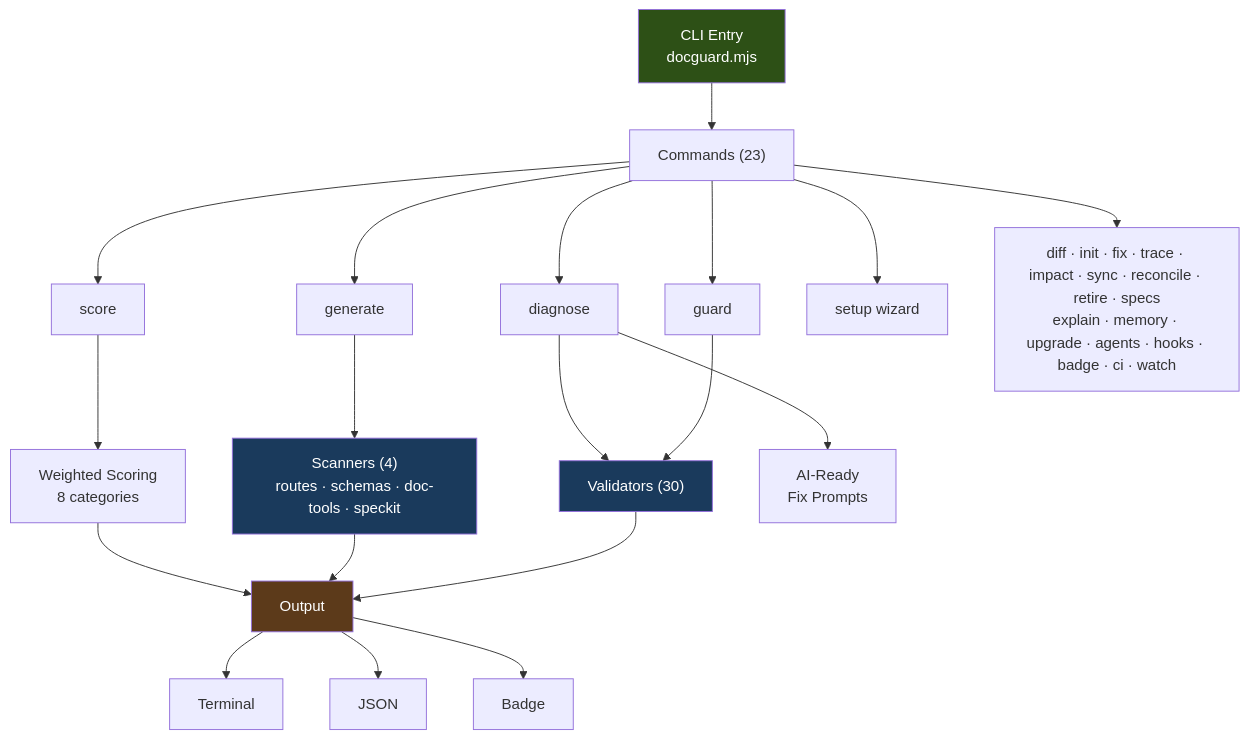
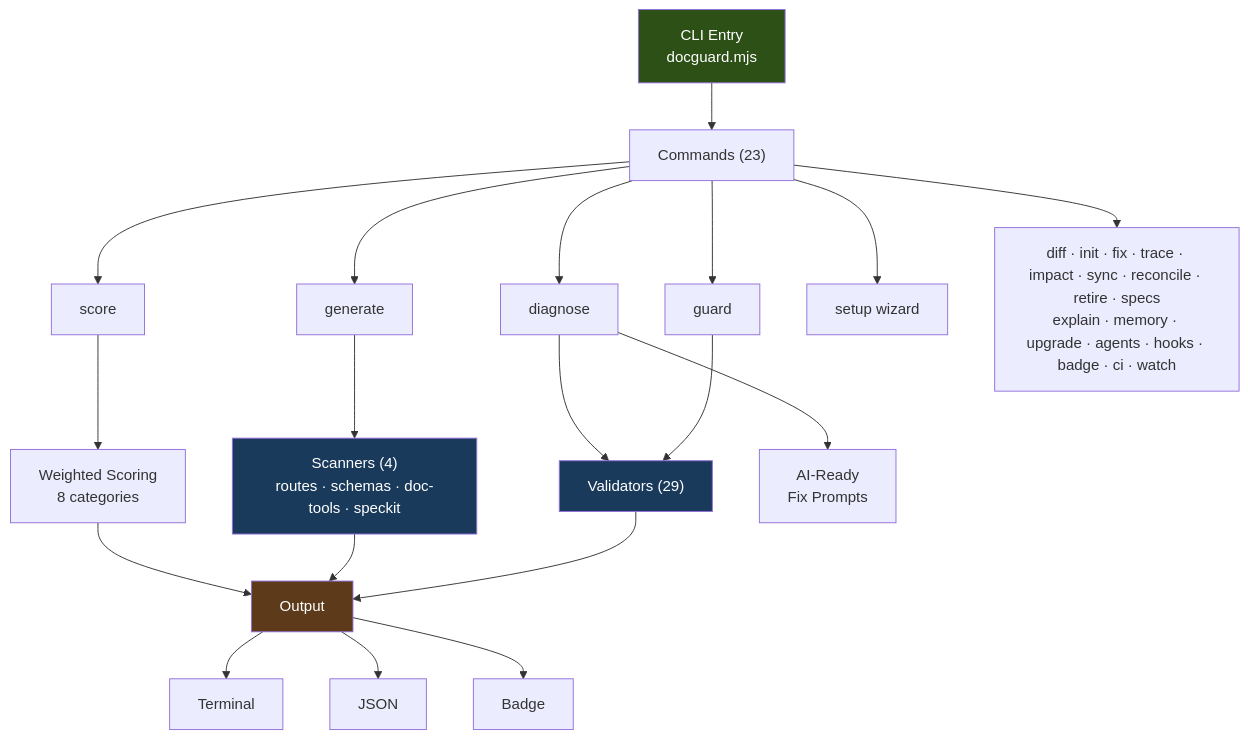
The diagram in README.md (raccioly/docguard), drawn with Mermaid before and after one commit. The commit also changed other lines of this file and 24 other files, not shown here.

````diff
--- a/README.md
+++ b/README.md
@@ -70,28 +70,28 @@
 ```mermaid
 graph TD
     CLI["CLI Entry<br/>docguard.mjs"] --> Commands["Commands (23)"]
     Commands --> guard["guard"]
     Commands --> generate["generate"]
     Commands --> score["score"]
     Commands --> diagnose["diagnose"]
     Commands --> setup["setup wizard"]
     Commands --> other["diff · init · fix · trace · impact · sync · reconcile · retire · specs<br/>explain · memory · upgrade · agents · hooks · badge · ci · watch"]
 
-    guard --> Validators["Validators (30)"]
+    guard --> Validators["Validators (29)"]
     generate --> Scanners["Scanners (4)<br/>routes · schemas · doc-tools · speckit"]
     score --> Scoring["Weighted Scoring<br/>8 categories"]
     diagnose --> Validators
     diagnose --> AIPrompts["AI-Ready<br/>Fix Prompts"]
 
     Validators --> Output["Output"]
     Scanners --> Output
     Scoring --> Output
     Output --> Terminal["Terminal"]
     Output --> JSON["JSON"]
     Output --> Badge["Badge"]
 
     style CLI fill:#2d5016,color:#fff
     style Validators fill:#1a3a5c,color:#fff
     style Scanners fill:#1a3a5c,color:#fff
     style Output fill:#5c3a1a,color:#fff
 ```
````
